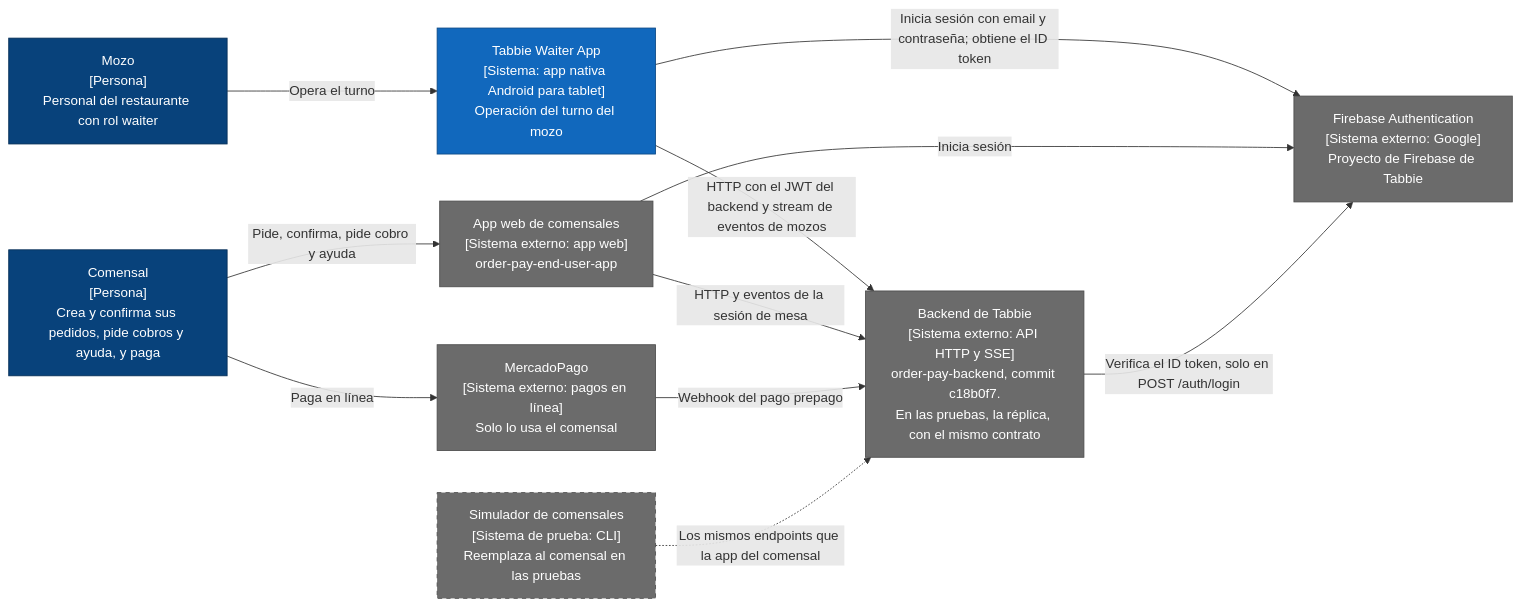
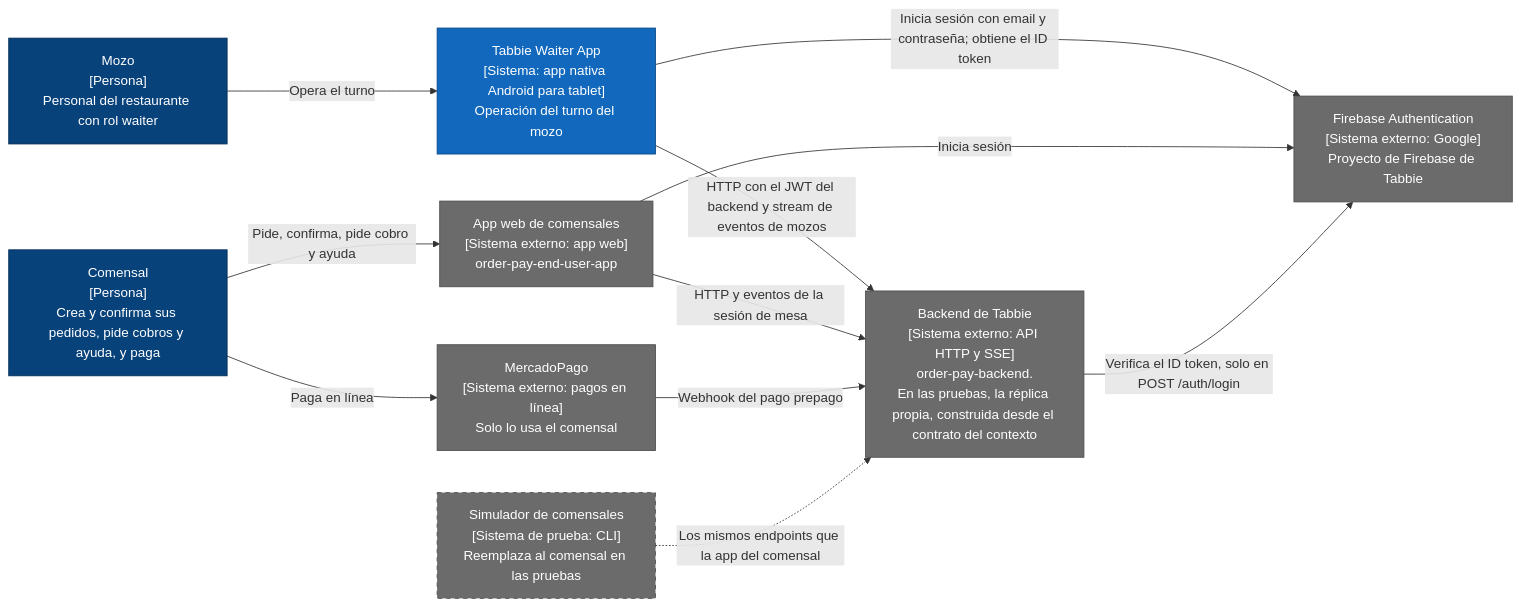
One commit to MauroUX/tabbie-waiter changed the first of 2 diagrams in docs/architecture/README.md. Above: the diagram before and after it, drawn with Mermaid. The commit also changed other lines of this file and 32 other files, not shown here.

First line of the commit message:
docs(docs): baja la réplica propia a documentos, tickets y harness

````diff
--- a/docs/architecture/README.md
+++ b/docs/architecture/README.md
@@ -27,34 +27,34 @@
 ```mermaid
 flowchart LR
     mozo["Mozo<br/>[Persona]<br/>Personal del restaurante con rol waiter"]
     comensal["Comensal<br/>[Persona]<br/>Crea y confirma sus pedidos, pide cobros y ayuda, y paga"]
 
     waiter["Tabbie Waiter App<br/>[Sistema: app nativa Android para tablet]<br/>Operación del turno del mozo"]
 
     comensales["App web de comensales<br/>[Sistema externo: app web]<br/>order-pay-end-user-app"]
-    backend["Backend de Tabbie<br/>[Sistema externo: API HTTP y SSE]<br/>order-pay-backend, commit c18b0f7.<br/>En las pruebas, la réplica, con el mismo contrato"]
+    backend["Backend de Tabbie<br/>[Sistema externo: API HTTP y SSE]<br/>order-pay-backend.<br/>En las pruebas, la réplica propia, construida desde el contrato del contexto"]
     firebase["Firebase Authentication<br/>[Sistema externo: Google]<br/>Proyecto de Firebase de Tabbie"]
     mp["MercadoPago<br/>[Sistema externo: pagos en línea]<br/>Solo lo usa el comensal"]
     sim["Simulador de comensales<br/>[Sistema de prueba: CLI]<br/>Reemplaza al comensal en las pruebas"]
 
     mozo -->|"Opera el turno"| waiter
     comensal -->|"Pide, confirma, pide cobro y ayuda"| comensales
     comensal -->|"Paga en línea"| mp
 
     waiter -->|"Inicia sesión con email y contraseña; obtiene el ID token"| firebase
     waiter -->|"HTTP con el JWT del backend y stream de eventos de mozos"| backend
     comensales -->|"Inicia sesión"| firebase
     comensales -->|"HTTP y eventos de la sesión de mesa"| backend
     mp -->|"Webhook del pago prepago"| backend
     backend -->|"Verifica el ID token, solo en POST /auth/login"| firebase
     sim -.->|"Los mismos endpoints que la app del comensal"| backend
 
     classDef persona fill:#08427b,stroke:#052e56,color:#ffffff
     classDef sistema fill:#1168bd,stroke:#0b4884,color:#ffffff
     classDef externo fill:#6b6b6b,stroke:#4d4d4d,color:#ffffff
     classDef prueba fill:#6b6b6b,stroke:#4d4d4d,color:#ffffff,stroke-dasharray:5 5
     class mozo,comensal persona
     class waiter sistema
     class comensales,backend,firebase,mp externo
     class sim prueba
 ```
````
